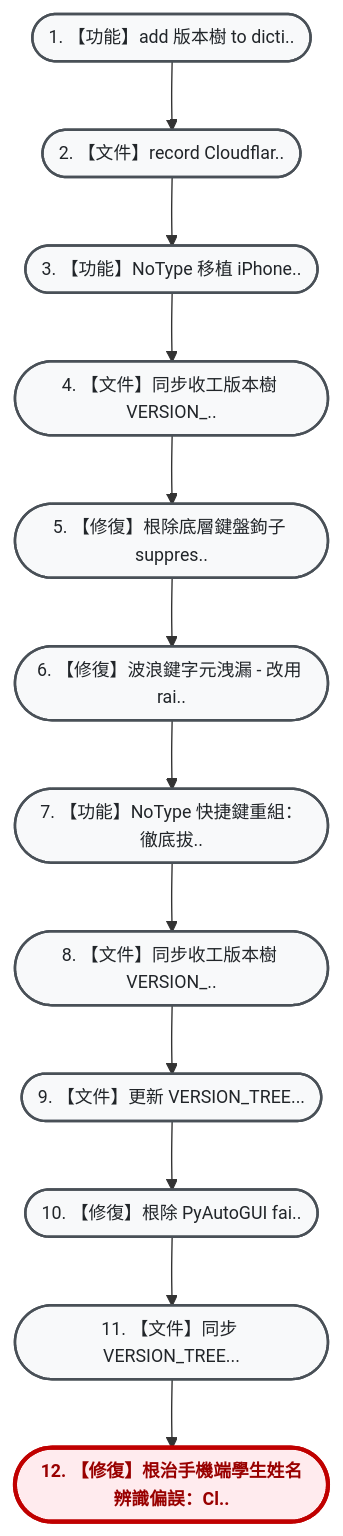
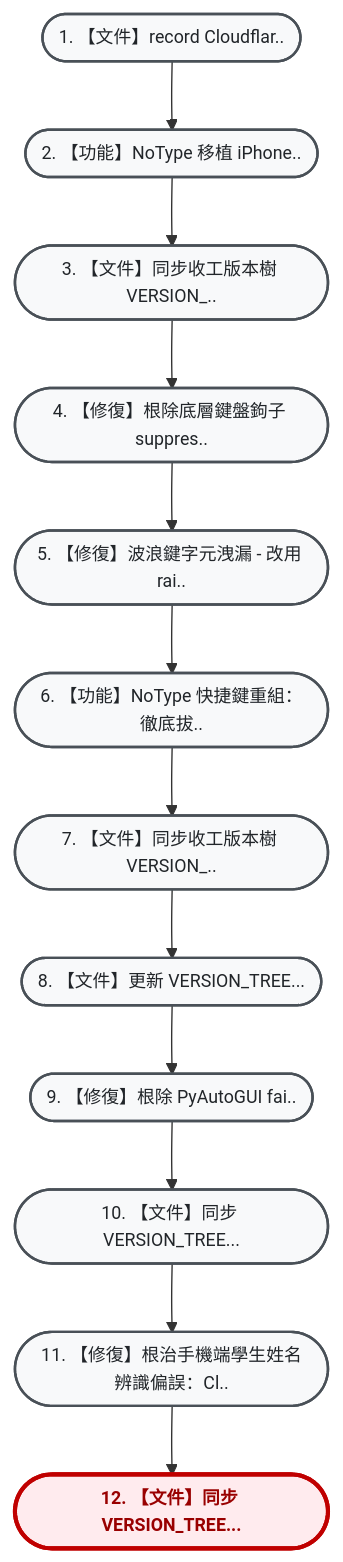
Before and after one commit to hjen8/NoType-Scribe: the diagram in VERSION_TREE.md, drawn with Mermaid. The commit also changed other lines of this file, not shown here.

Commit message:
docs: 同步收工版本樹 VERSION_TREE.md (b75d44f)

````diff
--- a/VERSION_TREE.md
+++ b/VERSION_TREE.md
@@ -13,30 +13,30 @@
 ```mermaid
 flowchart TD
     %% 雙壁版本樹專用視覺化配色風格 (由上而下 TD 垂直大字純中文版)
     classDef default fill:#f8f9fa,stroke:#495057,stroke-width:1.8px,color:#212529,font-size:13px;
     classDef current fill:#ffebee,stroke:#c00000,stroke-width:3px,color:#900,font-weight:bold,font-size:13px;
     classDef mergeNode fill:#e3f2fd,stroke:#1565c0,stroke-width:2px,color:#0d47a1,font-size:13px;
-    n_18e4ca1(["1. 【功能】add 版本樹 to dicti.."]):::default
-    n_47c4704(["2. 【文件】record Cloudflar.."]):::default
-    n_58bbc8c(["3. 【功能】NoType 移植 iPhone.."]):::default
-    n_7723cba(["4. 【文件】同步收工版本樹 VERSION_.."]):::default
-    n_e2bc0e4(["5. 【修復】根除底層鍵盤鉤子 suppres.."]):::default
-    n_3a6b4ee(["6. 【修復】波浪鍵字元洩漏 - 改用 rai.."]):::default
-    n_112030c(["7. 【功能】NoType 快捷鍵重組：徹底拔.."]):::default
-    n_fde5927(["8. 【文件】同步收工版本樹 VERSION_.."]):::default
-    n_d139599(["9. 【文件】更新 VERSION_TREE..."]):::default
-    n_9ebe870(["10. 【修復】根除 PyAutoGUI fai.."]):::default
-    n_9480dc7(["11. 【文件】同步 VERSION_TREE..."]):::default
-    n_e1c1c9f(["12. 【修復】根治手機端學生姓名辨識偏誤：Cl.."]):::current
-    n_18e4ca1 --> n_47c4704
+    n_47c4704(["1. 【文件】record Cloudflar.."]):::default
+    n_58bbc8c(["2. 【功能】NoType 移植 iPhone.."]):::default
+    n_7723cba(["3. 【文件】同步收工版本樹 VERSION_.."]):::default
+    n_e2bc0e4(["4. 【修復】根除底層鍵盤鉤子 suppres.."]):::default
+    n_3a6b4ee(["5. 【修復】波浪鍵字元洩漏 - 改用 rai.."]):::default
+    n_112030c(["6. 【功能】NoType 快捷鍵重組：徹底拔.."]):::default
+    n_fde5927(["7. 【文件】同步收工版本樹 VERSION_.."]):::default
+    n_d139599(["8. 【文件】更新 VERSION_TREE..."]):::default
+    n_9ebe870(["9. 【修復】根除 PyAutoGUI fai.."]):::default
+    n_9480dc7(["10. 【文件】同步 VERSION_TREE..."]):::default
+    n_e1c1c9f(["11. 【修復】根治手機端學生姓名辨識偏誤：Cl.."]):::default
+    n_b75d44f(["12. 【文件】同步 VERSION_TREE..."]):::current
     n_47c4704 --> n_58bbc8c
     n_58bbc8c --> n_7723cba
     n_7723cba --> n_e2bc0e4
     n_e2bc0e4 --> n_3a6b4ee
     n_3a6b4ee --> n_112030c
     n_112030c --> n_fde5927
     n_fde5927 --> n_d139599
     n_d139599 --> n_9ebe870
     n_9ebe870 --> n_9480dc7
     n_9480dc7 --> n_e1c1c9f
+    n_e1c1c9f --> n_b75d44f
 ```
````
